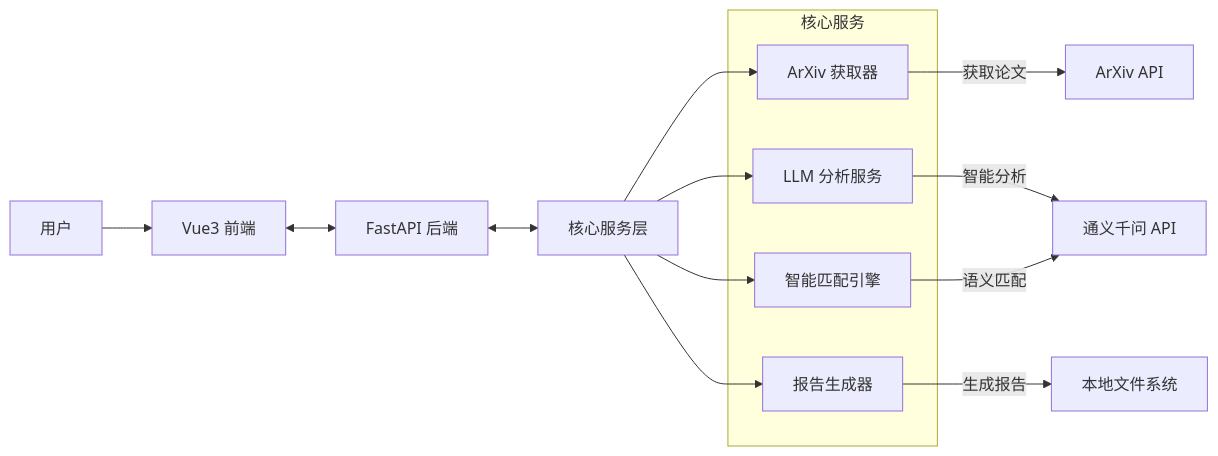
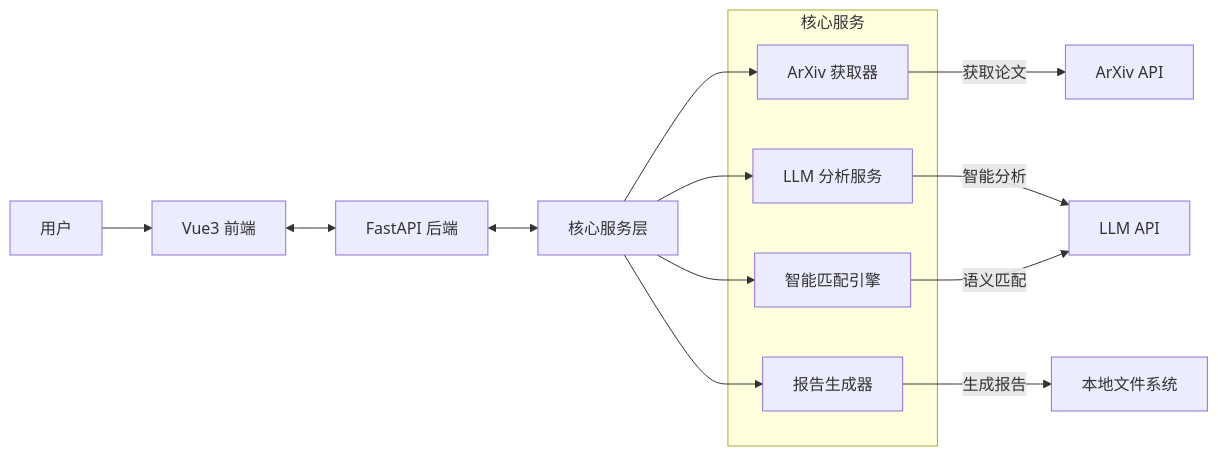
One commit to WhitePlusMS/arXiv-Daily-Summary changed the diagram in README.md. Above: the diagram before and after it, drawn with Mermaid. The commit also changed other lines of this file and 1 other file, not shown here.

````diff
--- a/README.md
+++ b/README.md
@@ -72,23 +72,23 @@
 ```mermaid
 graph LR
     User[用户] --> Web[Vue3 前端]
     Web <--> API[FastAPI 后端]
     API <--> Core[核心服务层]
     
     subgraph CoreServices [核心服务]
         Fetcher[ArXiv 获取器]
         Matcher[智能匹配引擎]
         LLM[LLM 分析服务]
         Reporter[报告生成器]
     end
     
     Core --> Fetcher
     Core --> Matcher
     Core --> LLM
     Core --> Reporter
     
     Fetcher -- 获取论文 --> ArXiv[ArXiv API]
-    LLM -- 智能分析 --> DashScope[通义千问 API]
+    LLM -- 智能分析 --> DashScope[LLM API]
     Matcher -- 语义匹配 --> DashScope
     Reporter -- 生成报告 --> FileSys[本地文件系统]
 ```
````
